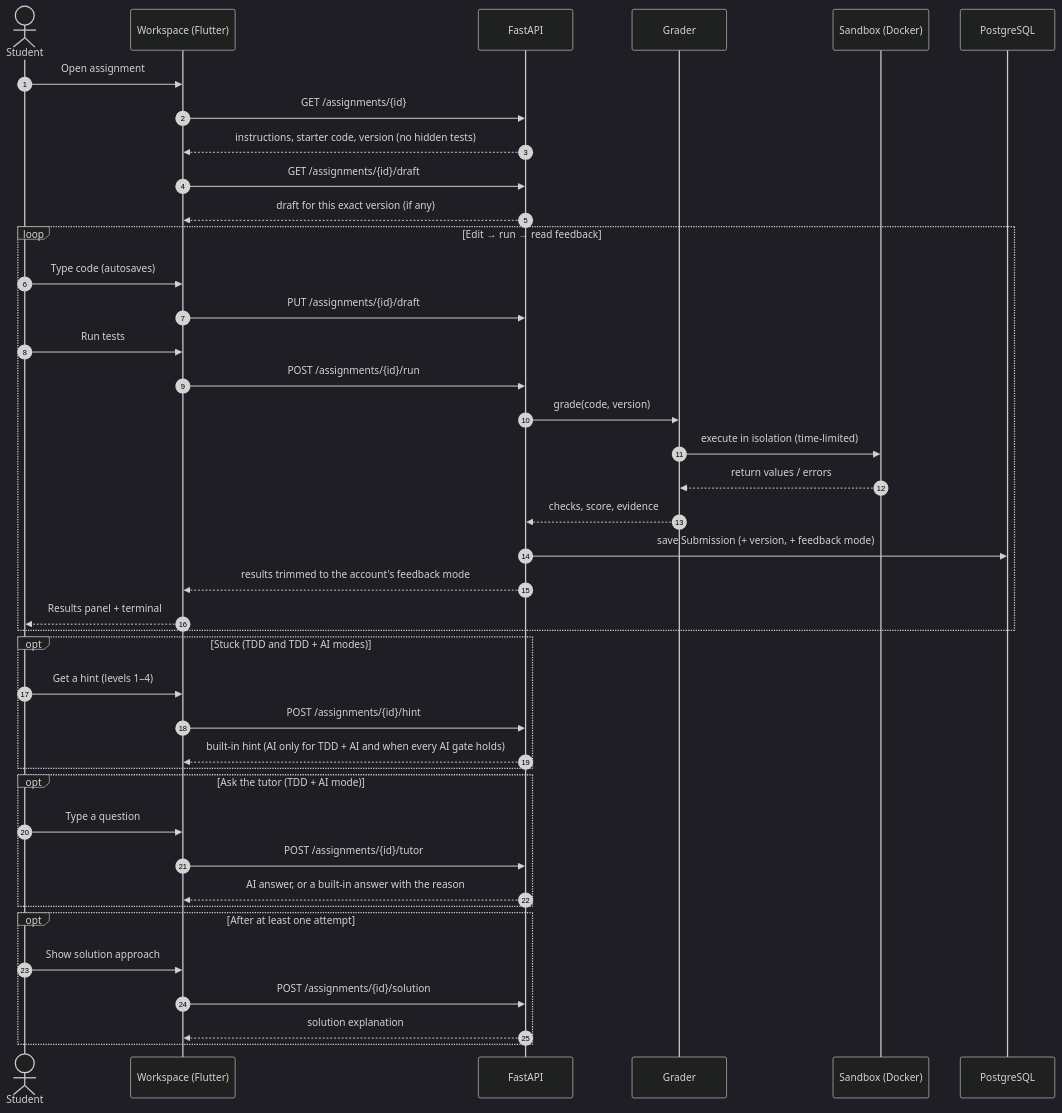
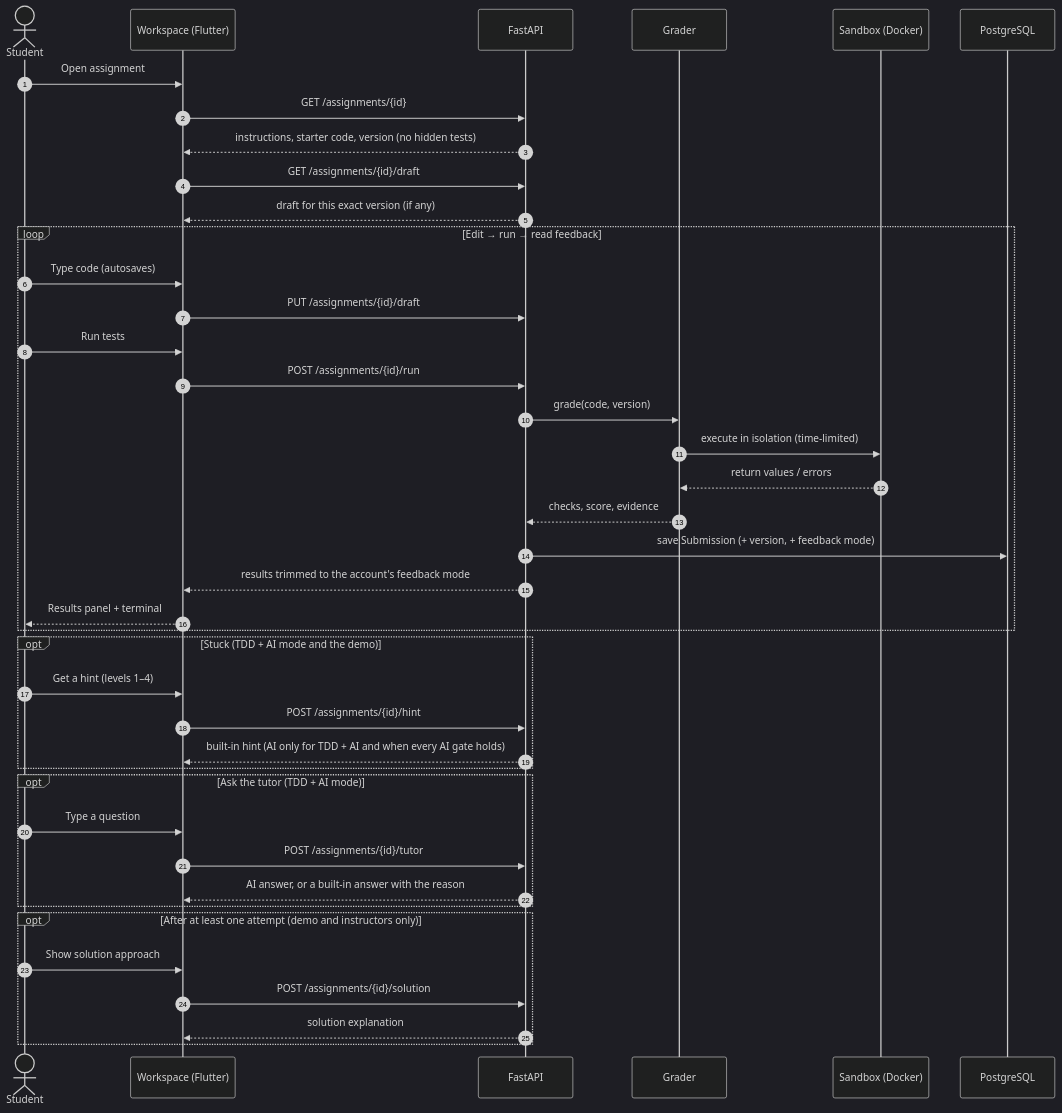
Before and after one commit to CS-Ponkoj/Robotics-Programming-Lab-Live: the third of 8 diagrams in docs/system-architecture/AppFlow.md, drawn with Mermaid (dark theme). The commit also changed 4 other files, not shown here.

First line of the commit message:
Update architecture docs and SQA record for the Assignment 1-2 QA release

````diff
--- a/docs/system-architecture/AppFlow.md
+++ b/docs/system-architecture/AppFlow.md
@@ -75,46 +75,46 @@
 ```mermaid
 sequenceDiagram
     autonumber
     actor S as Student
     participant UI as Workspace (Flutter)
     participant API as FastAPI
     participant G as Grader
     participant SB as Sandbox (Docker)
     participant DB as PostgreSQL
 
     S->>UI: Open assignment
     UI->>API: GET /assignments/{id}
     API-->>UI: instructions, starter code, version (no hidden tests)
     UI->>API: GET /assignments/{id}/draft
     API-->>UI: draft for this exact version (if any)
 
     loop Edit → run → read feedback
         S->>UI: Type code (autosaves)
         UI->>API: PUT /assignments/{id}/draft
         S->>UI: Run tests
         UI->>API: POST /assignments/{id}/run
         API->>G: grade(code, version)
         G->>SB: execute in isolation (time-limited)
         SB-->>G: return values / errors
         G-->>API: checks, score, evidence
         API->>DB: save Submission (+ version, + feedback mode)
         API-->>UI: results trimmed to the account's feedback mode
         UI-->>S: Results panel + terminal
     end
 
-    opt Stuck (TDD and TDD + AI modes)
+    opt Stuck (TDD + AI mode and the demo)
         S->>UI: Get a hint (levels 1–4)
         UI->>API: POST /assignments/{id}/hint
         API-->>UI: built-in hint (AI only for TDD + AI and when every AI gate holds)
     end
     opt Ask the tutor (TDD + AI mode)
         S->>UI: Type a question
         UI->>API: POST /assignments/{id}/tutor
         API-->>UI: AI answer, or a built-in answer with the reason
     end
-    opt After at least one attempt
+    opt After at least one attempt (demo and instructors only)
         S->>UI: Show solution approach
         UI->>API: POST /assignments/{id}/solution
         API-->>UI: solution explanation
     end
 ```
````
